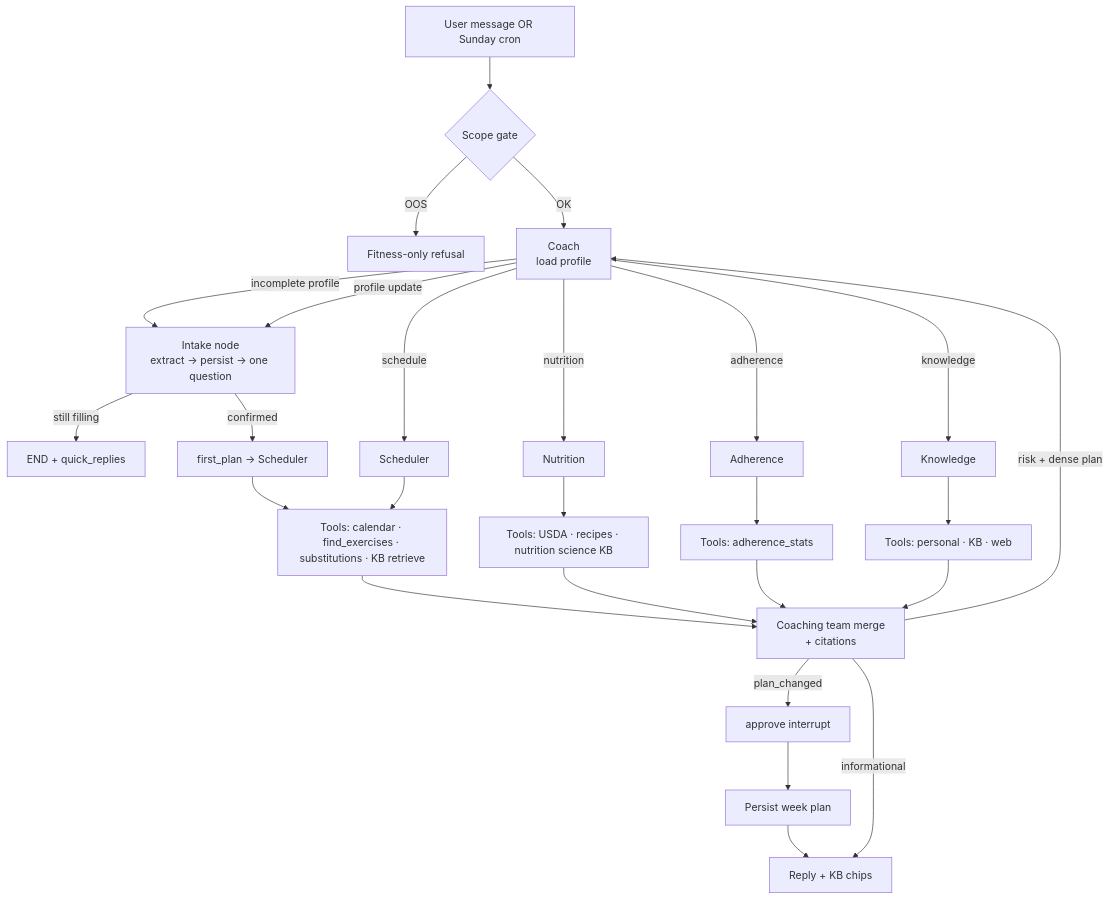
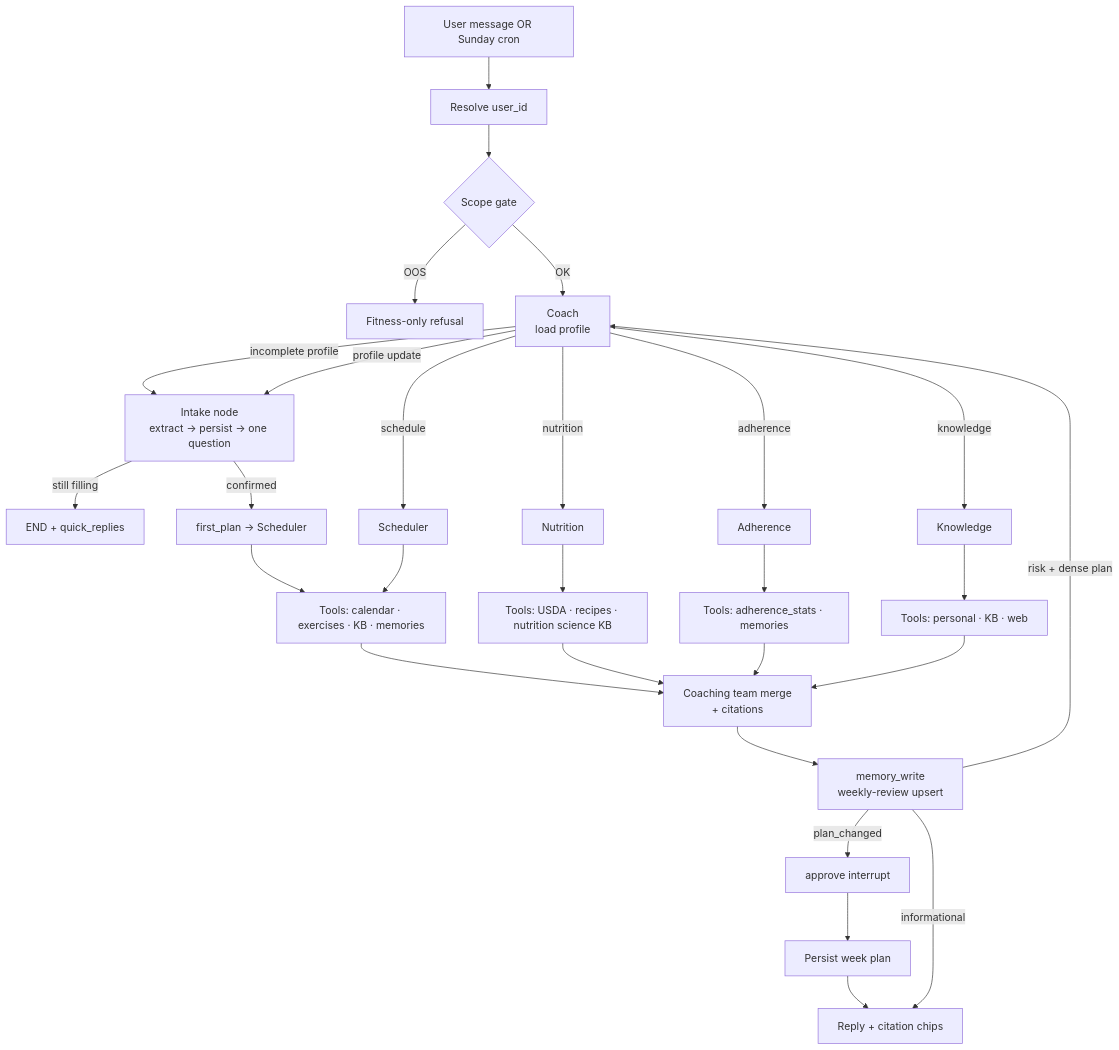
The third of 3 diagrams in PLAN.md (saurabhIU/SteadyFit), drawn with Mermaid before and after one commit. The commit also changed other lines of this file and 1 other file, not shown here.

Commit message:
updted readme and plan

````diff
--- a/PLAN.md
+++ b/PLAN.md
@@ -124,28 +128,30 @@
 ```mermaid
 flowchart TD
-    IN[User message OR Sunday cron] --> SG{Scope gate}
+    IN[User message OR Sunday cron] --> UID[Resolve user_id]
+    UID --> SG{Scope gate}
     SG -->|OOS| REJ[Fitness-only refusal]
     SG -->|OK| COACH[Coach\nload profile]
     COACH -->|incomplete profile| INT[Intake node\nextract → persist → one question]
     INT -->|still filling| END1[END + quick_replies]
     INT -->|confirmed| FIRST[first_plan → Scheduler]
     COACH -->|profile update| INT
     COACH -->|schedule| SCH[Scheduler]
     COACH -->|nutrition| NUT[Nutrition]
     COACH -->|adherence| ADH[Adherence]
     COACH -->|knowledge| KNOW[Knowledge]
-    SCH --> TL1[Tools: calendar · find_exercises · substitutions · KB retrieve]
+    SCH --> TL1[Tools: calendar · exercises · KB · memories]
     NUT --> TL2[Tools: USDA · recipes · nutrition science KB]
-    ADH --> TL3[Tools: adherence_stats]
+    ADH --> TL3[Tools: adherence_stats · memories]
     KNOW --> TL4[Tools: personal · KB · web]
     FIRST --> TL1
     TL1 --> TEAM[Coaching team merge\n+ citations]
     TL2 --> TEAM
     TL3 --> TEAM
     TL4 --> TEAM
-    TEAM -->|risk + dense plan| COACH
-    TEAM -->|plan_changed| HITL[approve interrupt]
-    TEAM -->|informational| OUT[Reply + KB chips]
+    TEAM --> MWRITE[memory_write\nweekly-review upsert]
+    MWRITE -->|risk + dense plan| COACH
+    MWRITE -->|plan_changed| HITL[approve interrupt]
+    MWRITE -->|informational| OUT[Reply + citation chips]
     HITL --> SAVE[Persist week plan]
     SAVE --> OUT
 ```
````
